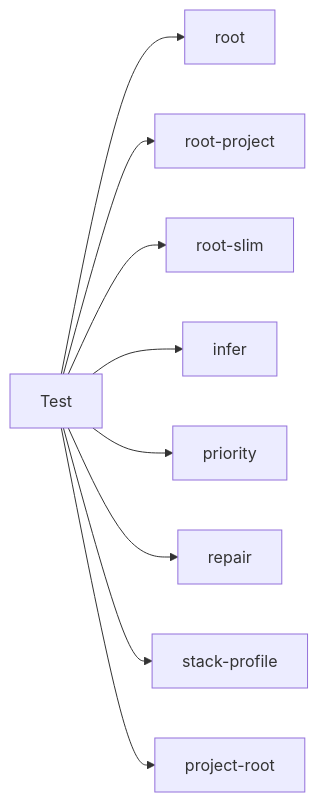
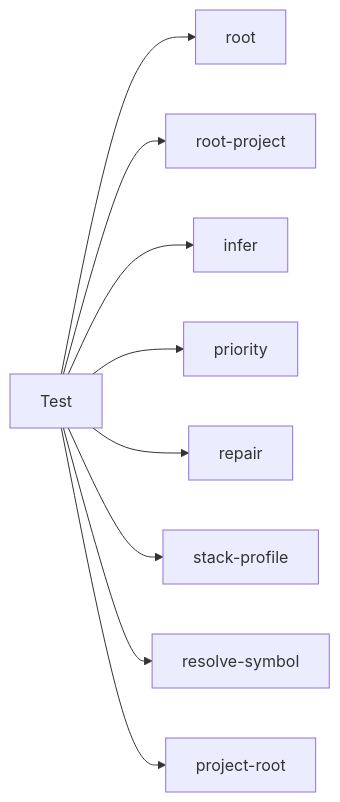
The diagram in .cursor/rules/ctxgraph--test-bundle-p2.mdc (hellhellpnick/context-graph), drawn with Mermaid before and after one commit. The commit also changed other lines of this file and 160 other files, not shown here.

````diff
--- a/.cursor/rules/ctxgraph--test-bundle-p2.mdc
+++ b/.cursor/rules/ctxgraph--test-bundle-p2.mdc
@@ -20,12 +20,12 @@
 ```mermaid
 graph LR
   Test[Test]
   Test --> root[root]
   Test --> root_project[root-project]
-  Test --> root_slim[root-slim]
   Test --> infer[infer]
   Test --> priority[priority]
   Test --> repair[repair]
   Test --> stack_profile[stack-profile]
+  Test --> resolve_symbol[resolve-symbol]
   Test --> project_root[project-root]
 ```
````
